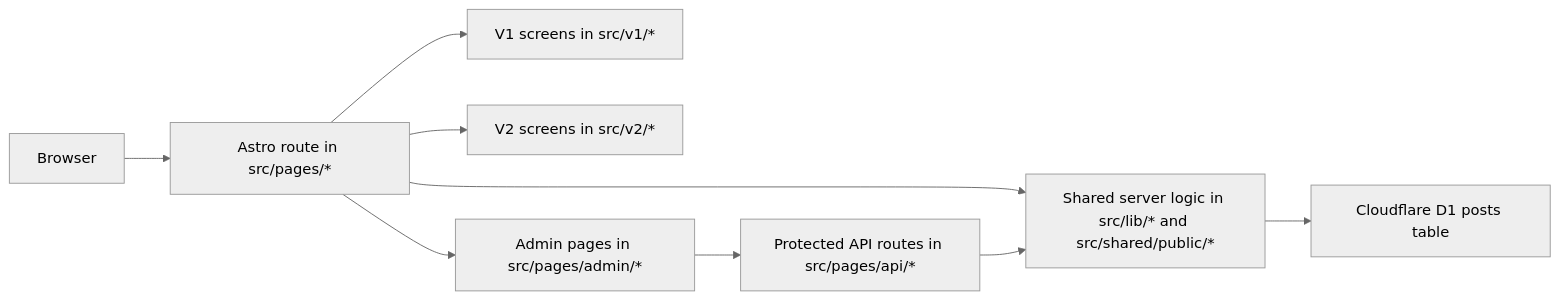
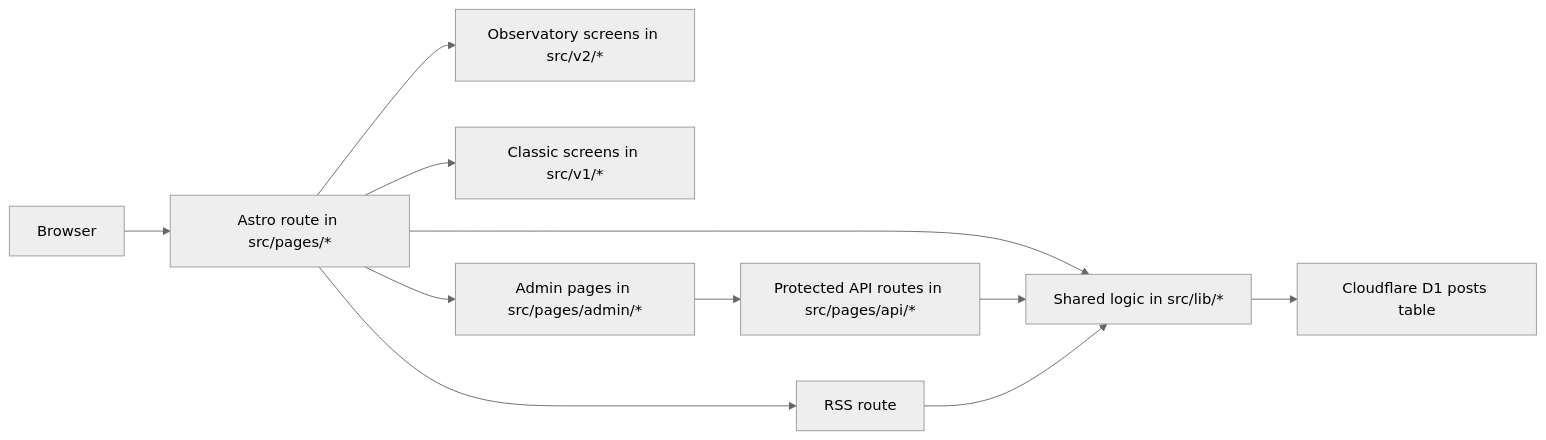
The diagram in docs/architecture/system-source-of-truth.md (DeepankerSeth/deepanker-personal-website), drawn with Mermaid (neutral theme) before and after one commit. The commit also changed other lines of this file and 20 other files, not shown here.

Commit message:
refactor: update V2 UI responsive breakpoints and consolidate system architecture documentation

````diff
--- a/docs/architecture/system-source-of-truth.md
+++ b/docs/architecture/system-source-of-truth.md
@@ -102,11 +121,13 @@
 ```mermaid
 flowchart LR
   A["Browser"] --> B["Astro route in src/pages/*"]
-  B --> C["Shared server logic in src/lib/* and src/shared/public/*"]
+  B --> C["Shared logic in src/lib/*"]
   C --> D["Cloudflare D1 posts table"]
-  B --> E["V1 screens in src/v1/*"]
-  B --> F["V2 screens in src/v2/*"]
+  B --> E["Observatory screens in src/v2/*"]
+  B --> F["Classic screens in src/v1/*"]
   B --> G["Admin pages in src/pages/admin/*"]
   G --> H["Protected API routes in src/pages/api/*"]
   H --> C
+  B --> I["RSS route"]
+  I --> C
 ```
````
